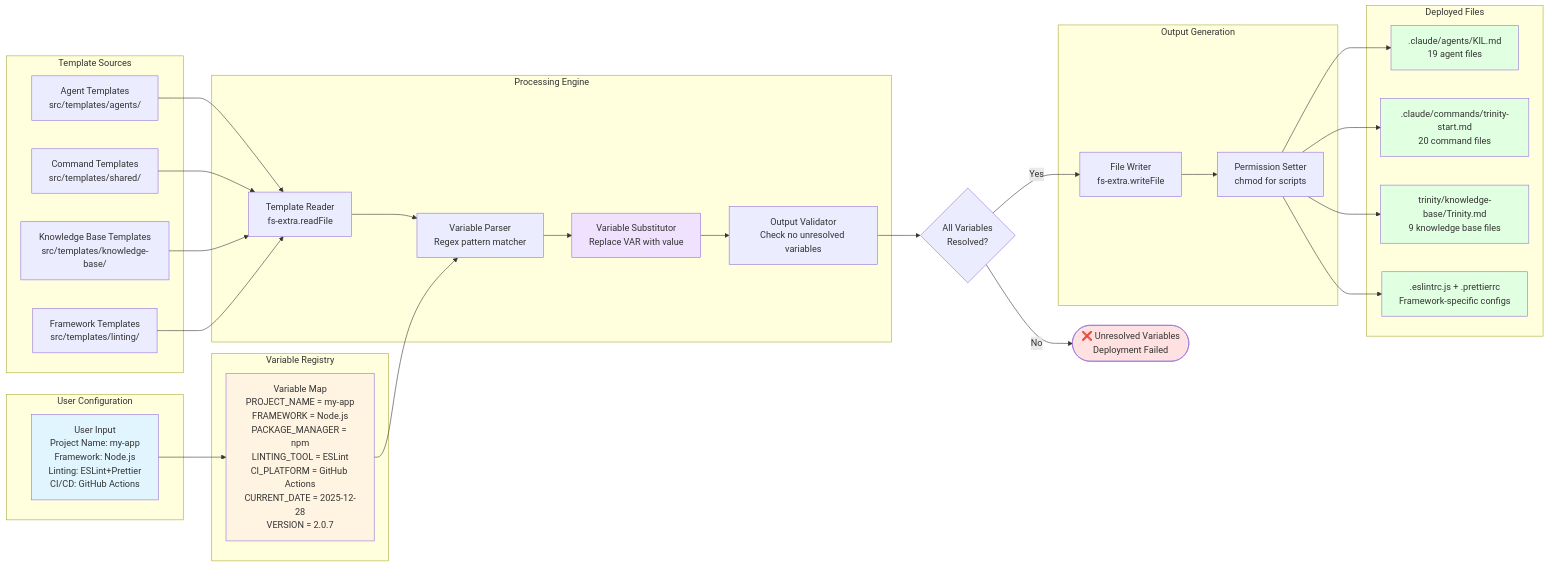
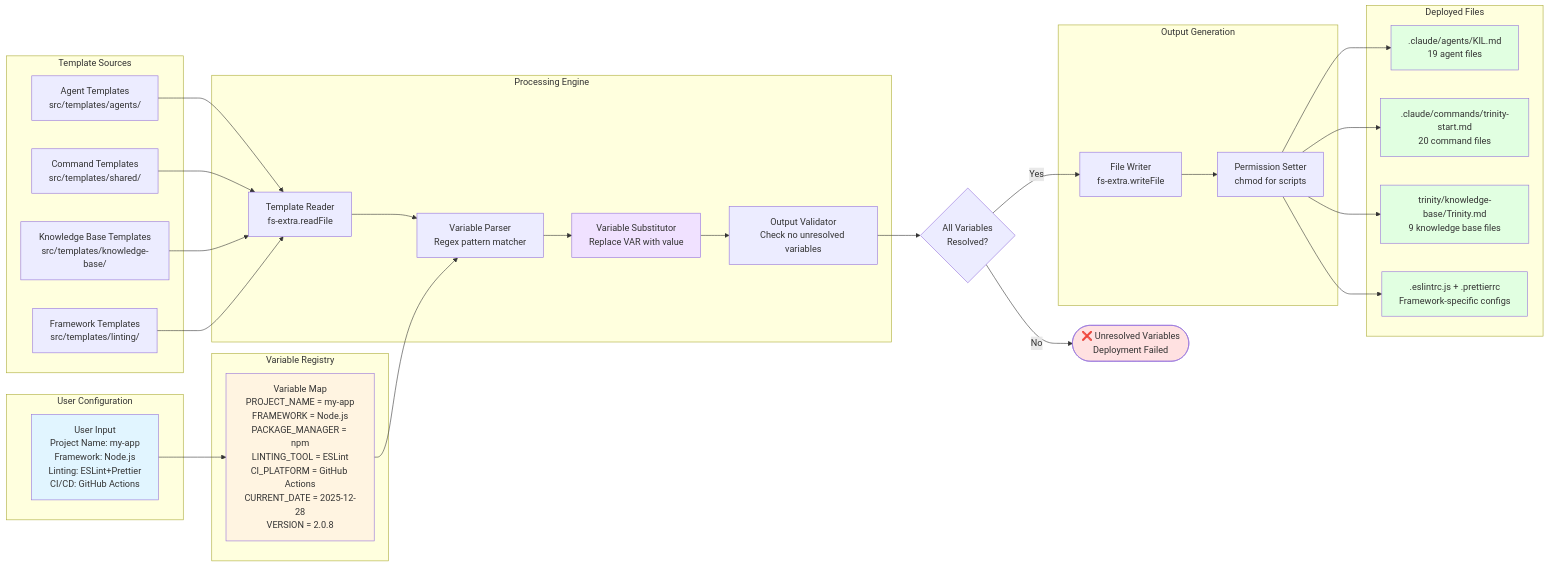
Before and after one commit to lukadfagundes/trinity-method-sdk: the diagram in docs/images/template-processing-pipeline.md, drawn with Mermaid. The commit also changed other lines of this file and 29 other files, not shown here.

````diff
--- a/docs/images/template-processing-pipeline.md
+++ b/docs/images/template-processing-pipeline.md
@@ -3,66 +3,66 @@
 ```mermaid
 flowchart LR
     subgraph "Template Sources"
         T1[Agent Templates<br/>src/templates/agents/]
         T2[Command Templates<br/>src/templates/shared/]
         T3[Knowledge Base Templates<br/>src/templates/knowledge-base/]
         T4[Framework Templates<br/>src/templates/linting/]
     end
 
     subgraph "User Configuration"
         CONFIG[User Input<br/>Project Name: my-app<br/>Framework: Node.js<br/>Linting: ESLint+Prettier<br/>CI/CD: GitHub Actions]
     end
 
     subgraph "Variable Registry"
-        VARS["Variable Map<br/>PROJECT_NAME = my-app<br/>FRAMEWORK = Node.js<br/>PACKAGE_MANAGER = npm<br/>LINTING_TOOL = ESLint<br/>CI_PLATFORM = GitHub Actions<br/>CURRENT_DATE = 2025-12-28<br/>VERSION = 2.0.7"]
+        VARS["Variable Map<br/>PROJECT_NAME = my-app<br/>FRAMEWORK = Node.js<br/>PACKAGE_MANAGER = npm<br/>LINTING_TOOL = ESLint<br/>CI_PLATFORM = GitHub Actions<br/>CURRENT_DATE = 2025-12-28<br/>VERSION = 2.0.8"]
     end
 
     subgraph "Processing Engine"
         READER[Template Reader<br/>fs-extra.readFile]
         PARSER["Variable Parser<br/>Regex pattern matcher"]
         SUBSTITUTOR["Variable Substitutor<br/>Replace VAR with value"]
         VALIDATOR["Output Validator<br/>Check no unresolved variables"]
     end
 
     subgraph "Output Generation"
         WRITER[File Writer<br/>fs-extra.writeFile]
         PERMS[Permission Setter<br/>chmod for scripts]
     end
 
     subgraph "Deployed Files"
         OUT1[.claude/agents/KIL.md<br/>19 agent files]
         OUT2[.claude/commands/trinity-start.md<br/>20 command files]
         OUT3[trinity/knowledge-base/Trinity.md<br/>9 knowledge base files]
         OUT4[.eslintrc.js + .prettierrc<br/>Framework-specific configs]
     end
 
     CONFIG --> VARS
     T1 --> READER
     T2 --> READER
     T3 --> READER
     T4 --> READER
 
     READER --> PARSER
     VARS --> PARSER
     PARSER --> SUBSTITUTOR
     SUBSTITUTOR --> VALIDATOR
 
     VALIDATOR --> DECISION{All Variables<br/>Resolved?}
     DECISION -->|No| ERROR([❌ Unresolved Variables<br/>Deployment Failed])
     DECISION -->|Yes| WRITER
 
     WRITER --> PERMS
     PERMS --> OUT1
     PERMS --> OUT2
     PERMS --> OUT3
     PERMS --> OUT4
 
     style CONFIG fill:#e1f5ff
     style VARS fill:#fff4e1
     style SUBSTITUTOR fill:#f0e1ff
     style OUT1 fill:#e1ffe1
     style OUT2 fill:#e1ffe1
     style OUT3 fill:#e1ffe1
     style OUT4 fill:#e1ffe1
     style ERROR fill:#ffe1e1
 ```
````
